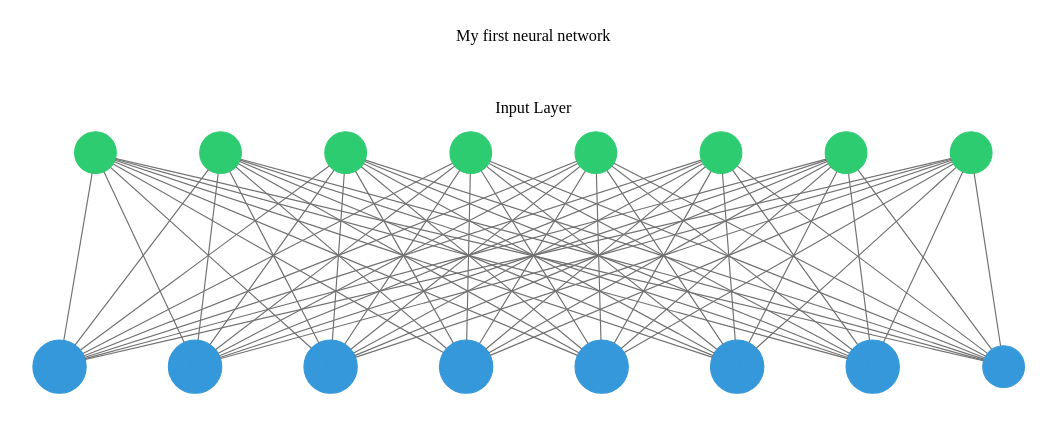
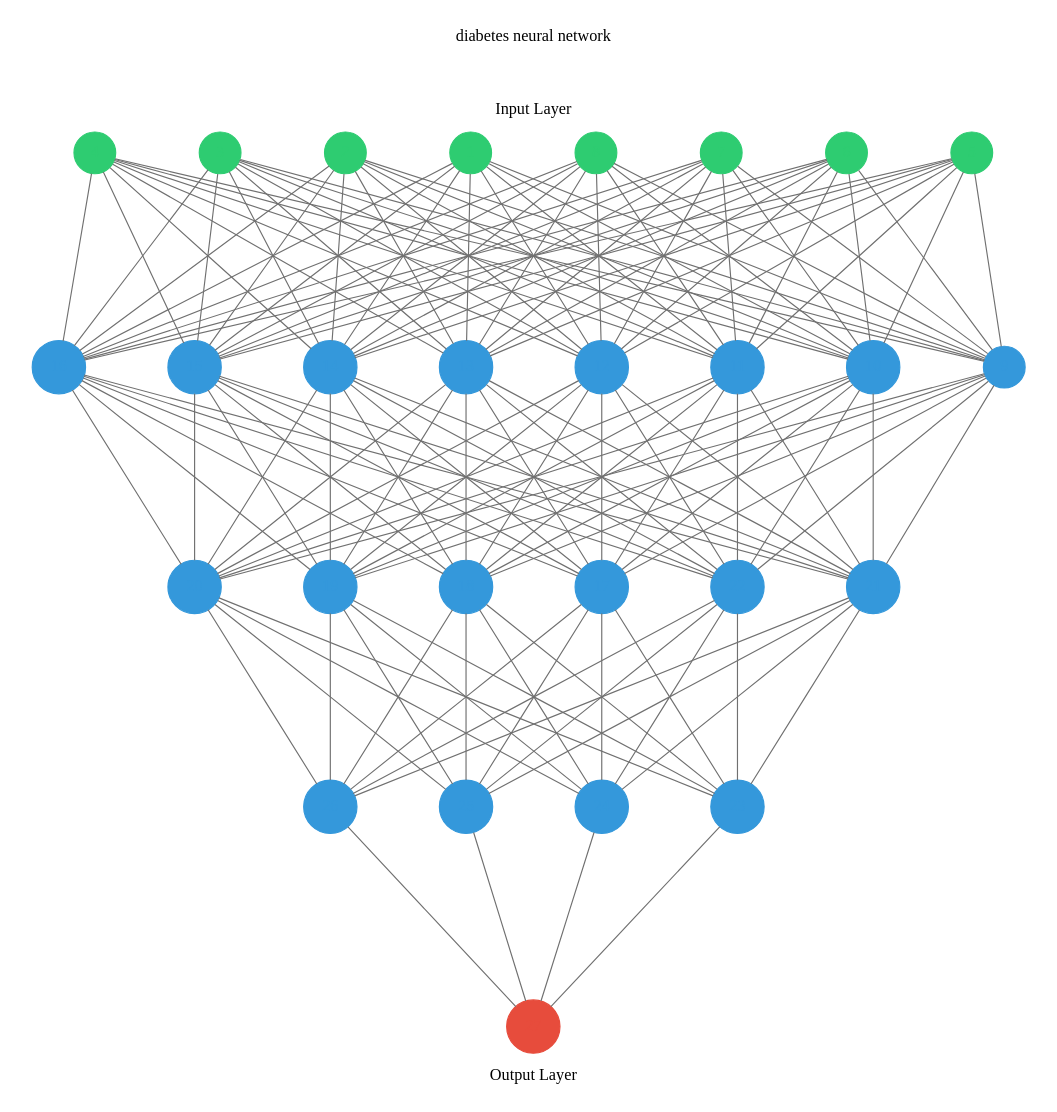
Before and after one commit to mateuszk12/inteligencjaObliczeniowa: the diagram in lab6/network.gv, drawn with Graphviz. The commit also changed 2 other files, not shown here.

```diff
--- a/lab6/network.gv
+++ b/lab6/network.gv
@@ -5,56 +5,56 @@
 		node [color="#2ecc71" fontcolor="#2ecc71" shape=circle style=filled]
 		color=white
 		1
-		label="My first neural network
+		label="diabetes neural network
 
 
 
 Input Layer"
 		rank=same
 		2
-		label="My first neural network
+		label="diabetes neural network
 
 
 
 Input Layer"
 		rank=same
 		3
-		label="My first neural network
+		label="diabetes neural network
 
 
 
 Input Layer"
 		rank=same
 		4
-		label="My first neural network
+		label="diabetes neural network
 
 
 
 Input Layer"
 		rank=same
 		5
-		label="My first neural network
+		label="diabetes neural network
 
 
 
 Input Layer"
 		rank=same
 		6
-		label="My first neural network
+		label="diabetes neural network
 
 
 
 Input Layer"
 		rank=same
 		7
-		label="My first neural network
+		label="diabetes neural network
 
 
 
 Input Layer"
 		rank=same
 		8
-		label="My first neural network
+		label="diabetes neural network
 
 
 
@@ -138,11 +138,108 @@
 		15 [color="#3498db" fontcolor="#3498db" shape=circle style=filled]
 		16 [color="#3498db" fontcolor="#3498db" shape=circle style=filled]
 	}
+	9 -> 17
+	10 -> 17
+	11 -> 17
+	12 -> 17
+	13 -> 17
+	14 -> 17
+	15 -> 17
+	16 -> 17
+	9 -> 18
+	10 -> 18
+	11 -> 18
+	12 -> 18
+	13 -> 18
+	14 -> 18
+	15 -> 18
+	16 -> 18
+	9 -> 19
+	10 -> 19
+	11 -> 19
+	12 -> 19
+	13 -> 19
+	14 -> 19
+	15 -> 19
+	16 -> 19
+	9 -> 20
+	10 -> 20
+	11 -> 20
+	12 -> 20
+	13 -> 20
+	14 -> 20
+	15 -> 20
+	16 -> 20
+	9 -> 21
+	10 -> 21
+	11 -> 21
+	12 -> 21
+	13 -> 21
+	14 -> 21
+	15 -> 21
+	16 -> 21
+	9 -> 22
+	10 -> 22
+	11 -> 22
+	12 -> 22
+	13 -> 22
+	14 -> 22
+	15 -> 22
+	16 -> 22
+	subgraph cluster_2 {
+		color=white
+		rank=same
+		label="" labeljust=right labelloc=b
+		17 [color="#3498db" fontcolor="#3498db" shape=circle style=filled]
+		18 [color="#3498db" fontcolor="#3498db" shape=circle style=filled]
+		19 [color="#3498db" fontcolor="#3498db" shape=circle style=filled]
+		20 [color="#3498db" fontcolor="#3498db" shape=circle style=filled]
+		21 [color="#3498db" fontcolor="#3498db" shape=circle style=filled]
+		22 [color="#3498db" fontcolor="#3498db" shape=circle style=filled]
+	}
+	17 -> 23
+	18 -> 23
+	19 -> 23
+	20 -> 23
+	21 -> 23
+	22 -> 23
+	17 -> 24
+	18 -> 24
+	19 -> 24
+	20 -> 24
+	21 -> 24
+	22 -> 24
+	17 -> 25
+	18 -> 25
+	19 -> 25
+	20 -> 25
+	21 -> 25
+	22 -> 25
+	17 -> 26
+	18 -> 26
+	19 -> 26
+	20 -> 26
+	21 -> 26
+	22 -> 26
+	subgraph cluster_3 {
+		color=white
+		rank=same
+		label="" labeljust=right labelloc=b
+		23 [color="#3498db" fontcolor="#3498db" shape=circle style=filled]
+		24 [color="#3498db" fontcolor="#3498db" shape=circle style=filled]
+		25 [color="#3498db" fontcolor="#3498db" shape=circle style=filled]
+		26 [color="#3498db" fontcolor="#3498db" shape=circle style=filled]
+	}
+	23 -> 27
+	24 -> 27
+	25 -> 27
+	26 -> 27
 	subgraph cluster_output {
 		node [color="#2ecc71" fontcolor="#2ecc71" shape=circle style=filled]
 		color=white
 		rank=same
 		labeljust=1
+		27 [color="#e74c3c" fontcolor="#e74c3c" shape=circle style=filled]
 		label="Output Layer" labelloc=bottom
 	}
 	arrowShape=none
```
